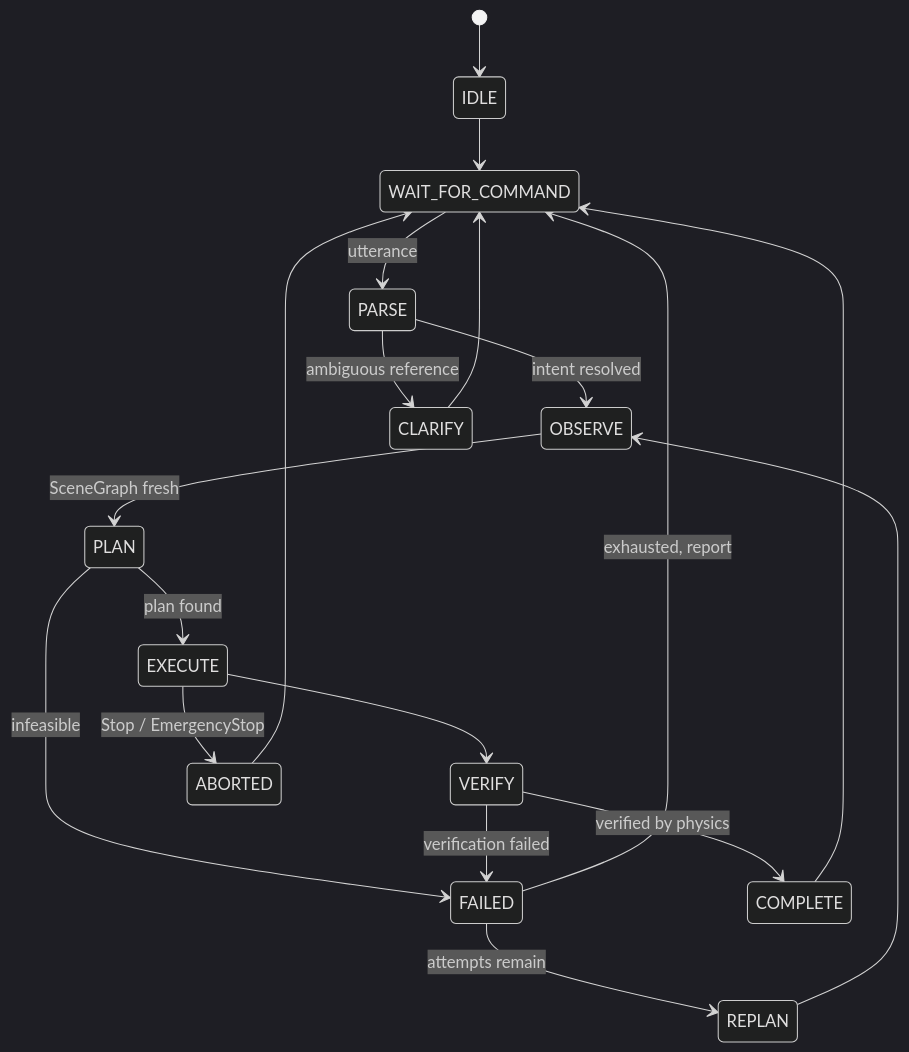
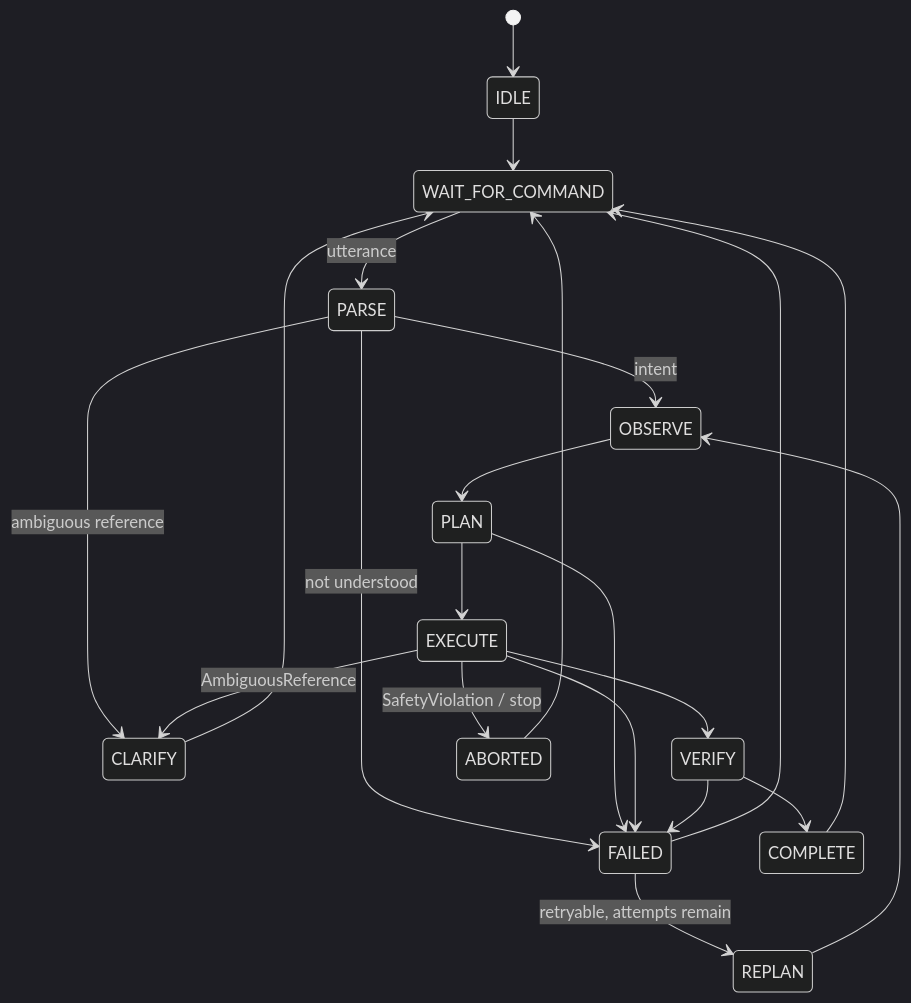
The third of 5 diagrams in ARCHITECTURE.md (hirenmp10/capstone-team-178), drawn with Mermaid (dark theme) before and after one commit. The commit also changed other lines of this file and 3 other files, not shown here.

````diff
--- a/ARCHITECTURE.md
+++ b/ARCHITECTURE.md
@@ -245,21 +203,24 @@
 ```mermaid
 stateDiagram-v2
     [*] --> IDLE
     IDLE --> WAIT_FOR_COMMAND
     WAIT_FOR_COMMAND --> PARSE: utterance
-    PARSE --> OBSERVE: intent resolved
+    PARSE --> OBSERVE: intent
     PARSE --> CLARIFY: ambiguous reference
+    PARSE --> FAILED: not understood
+    OBSERVE --> PLAN
+    PLAN --> EXECUTE
+    PLAN --> FAILED
+    EXECUTE --> VERIFY
+    EXECUTE --> CLARIFY: AmbiguousReference
+    EXECUTE --> FAILED
+    EXECUTE --> ABORTED: SafetyViolation / stop
+    VERIFY --> COMPLETE
+    VERIFY --> FAILED
     CLARIFY --> WAIT_FOR_COMMAND
-    OBSERVE --> PLAN: SceneGraph fresh
-    PLAN --> EXECUTE: plan found
-    PLAN --> FAILED: infeasible
-    EXECUTE --> VERIFY
-    VERIFY --> COMPLETE: verified by physics
-    VERIFY --> FAILED: verification failed
-    FAILED --> REPLAN: attempts remain
+    FAILED --> REPLAN: retryable, attempts remain
+    FAILED --> WAIT_FOR_COMMAND
     REPLAN --> OBSERVE
-    FAILED --> WAIT_FOR_COMMAND: exhausted, report
     COMPLETE --> WAIT_FOR_COMMAND
-    EXECUTE --> ABORTED: Stop / EmergencyStop
     ABORTED --> WAIT_FOR_COMMAND
 ```
````
